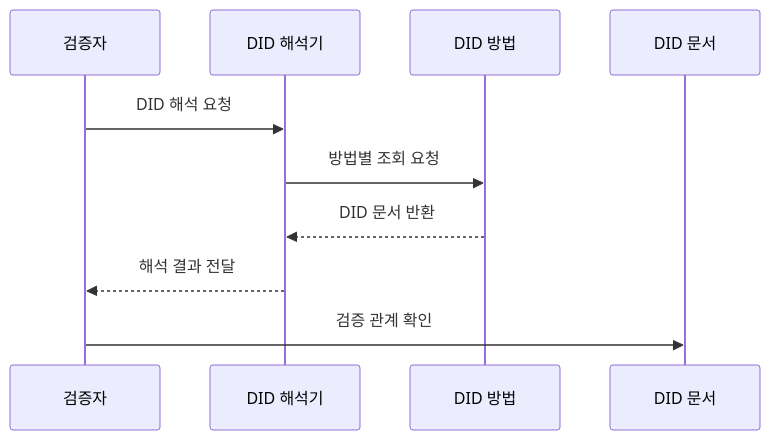
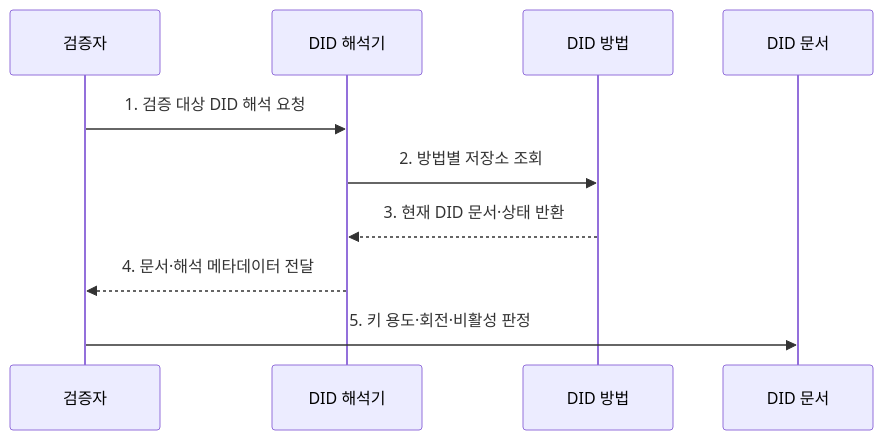
One commit to agnusdei1207/knowledge-base changed the second of 2 diagrams in src/content/docs/notes/05-security/068_w3c_did.md. Above: the diagram before and after it, drawn with Mermaid. The commit also changed other lines of this file and 7 other files, not shown here.

````diff
--- a/src/content/docs/notes/05-security/068_w3c_did.md
+++ b/src/content/docs/notes/05-security/068_w3c_did.md
@@ -84,12 +85,12 @@
 ```mermaid
 sequenceDiagram
     participant V as 검증자
     participant R as DID 해석기
     participant M as DID 방법
     participant D as DID 문서
-    V->>R: DID 해석 요청
-    R->>M: 방법별 조회 요청
-    M-->>R: DID 문서 반환
-    R-->>V: 해석 결과 전달
-    V->>D: 검증 관계 확인
+    V->>R: 1. 검증 대상 DID 해석 요청
+    R->>M: 2. 방법별 저장소 조회
+    M-->>R: 3. 현재 DID 문서·상태 반환
+    R-->>V: 4. 문서·해석 메타데이터 전달
+    V->>D: 5. 키 용도·회전·비활성 판정
 ```
````
